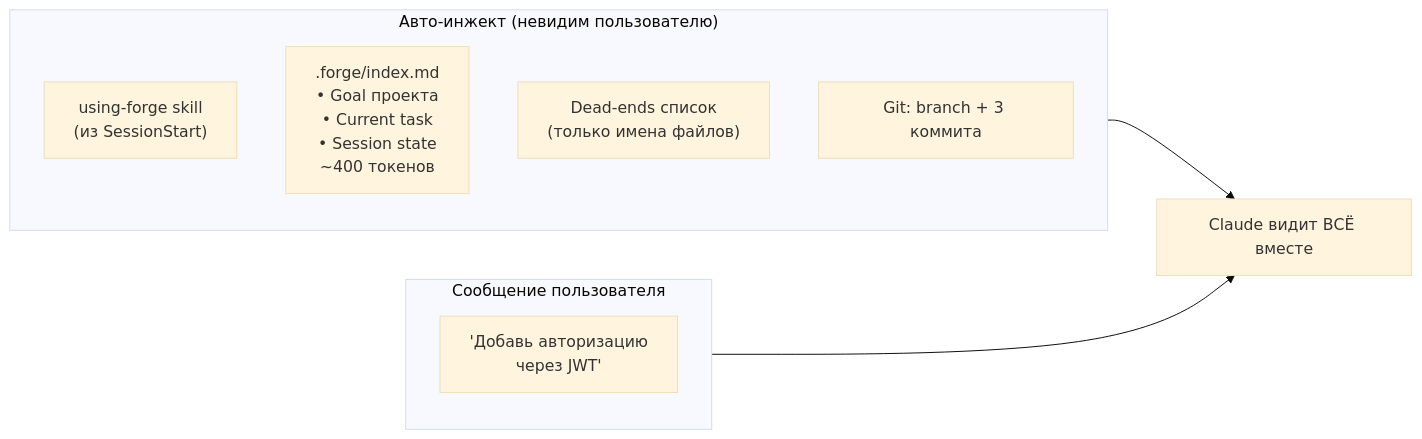
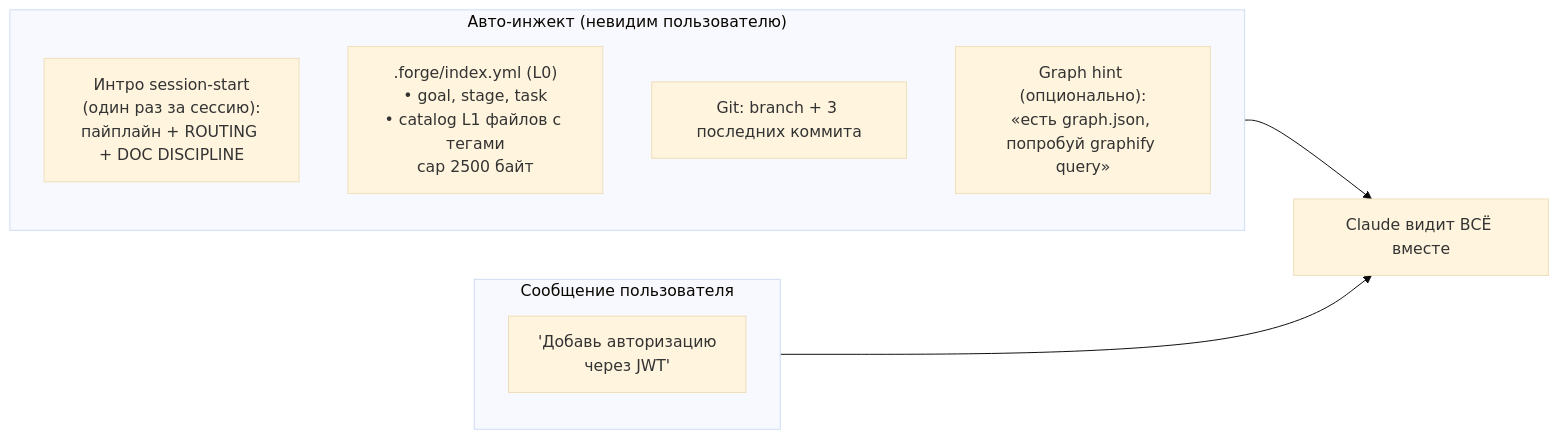
Before and after one commit to anton-ai5010/forge: the second of 4 diagrams in forge-plugin/docs/forge-runtime-flow.md, drawn with Mermaid (base theme). The commit also changed other lines of this file and 20 other files, not shown here.

````diff
--- a/forge-plugin/docs/forge-runtime-flow.md
+++ b/forge-plugin/docs/forge-runtime-flow.md
@@ -47,17 +64,17 @@
 ```mermaid
 flowchart LR
     subgraph INJECTED["Авто-инжект (невидим пользователю)"]
         direction TB
-        IC1["using-forge skill<br/>(из SessionStart)"]
-        IC2[".forge/index.md<br/>• Goal проекта<br/>• Current task<br/>• Session state<br/>~400 токенов"]
-        IC3["Dead-ends список<br/>(только имена файлов)"]
-        IC4["Git: branch + 3 коммита"]
+        IC1["Интро session-start<br/>(один раз за сессию):<br/>пайплайн + ROUTING + DOC DISCIPLINE"]
+        IC2[".forge/index.yml (L0)<br/>• goal, stage, task<br/>• catalog L1 файлов с тегами<br/>cap 2500 байт"]
+        IC3["Git: branch + 3 последних коммита"]
+        IC4["Graph hint (опционально):<br/>«есть graph.json, попробуй graphify query»"]
     end
 
     subgraph USER_MSG["Сообщение пользователя"]
         UM["'Добавь авторизацию<br/>через JWT'"]
     end
 
     INJECTED --> CLAUDE["Claude видит ВСЁ вместе"]
     USER_MSG --> CLAUDE
 ```
````
